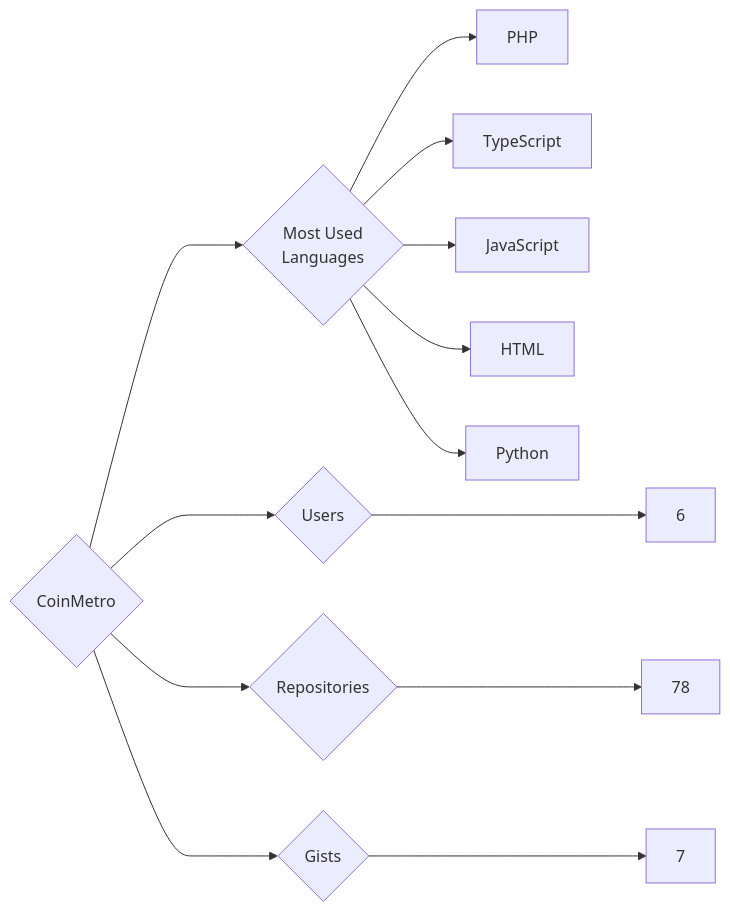
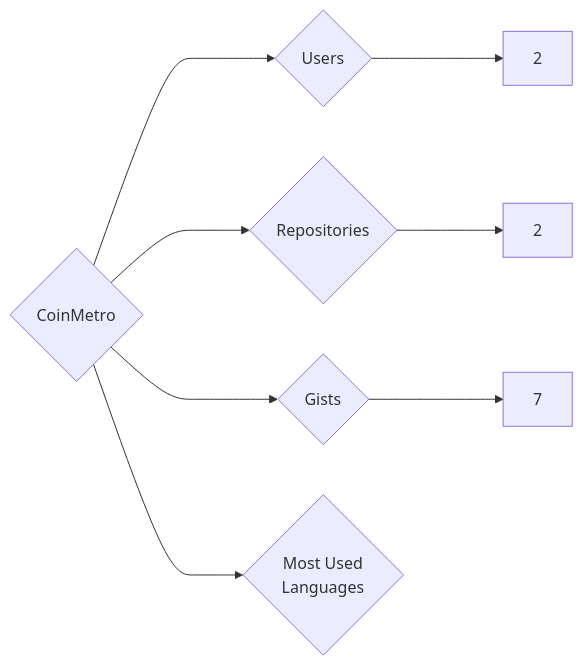
One commit to trickest/insiders changed the diagram in targets/CoinMetro/README.md. Above: the diagram before and after it, drawn with Mermaid. The commit also changed 1212 other files, not shown here.

````diff
--- a/targets/CoinMetro/README.md
+++ b/targets/CoinMetro/README.md
@@ -3,13 +3,8 @@
 ```mermaid
 graph LR
 COMPANY_NAME{CoinMetro}
-COMPANY_NAME ---> U{Users} ---> UN[6]
-COMPANY_NAME ---> R{Repositories} ---> RN[78]
+COMPANY_NAME ---> U{Users} ---> UN[2]
+COMPANY_NAME ---> R{Repositories} ---> RN[2]
 COMPANY_NAME ---> G{Gists} ---> GN[7]
 COMPANY_NAME ---> ML{Most Used<br>Languages}
-ML --> PHP[PHP]
-ML --> TypeScript[TypeScript]
-ML --> JavaScript[JavaScript]
-ML --> HTML[HTML]
-ML --> Python[Python]
 ```
````
